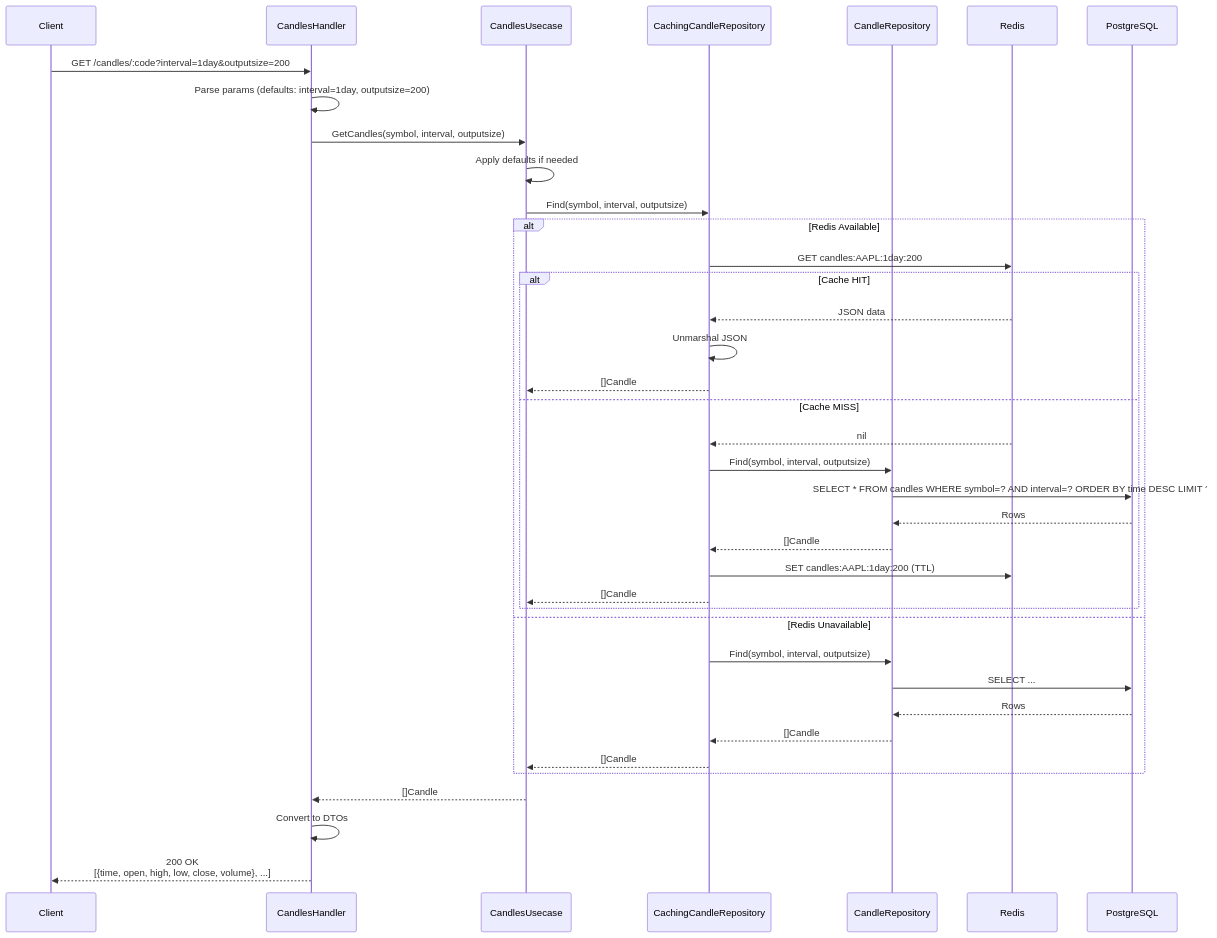
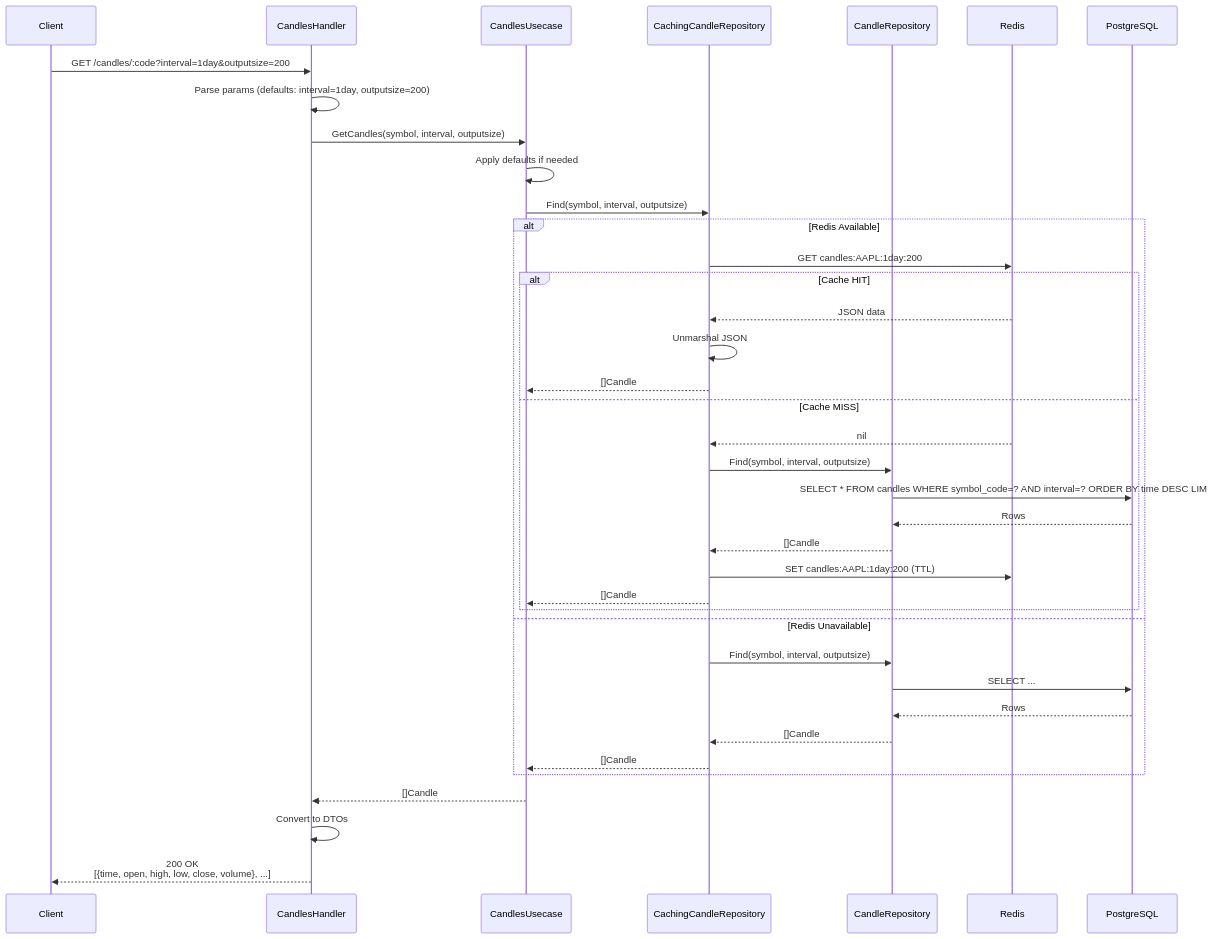
The first of 3 diagrams in internal/feature/candles/README.md (UCHIDAnobuhiro/stock_backend), drawn with Mermaid before and after one commit. The commit also changed other lines of this file and 15 other files, not shown here.

First line of the commit message:
refactor: candles.symbol を symbol_code に改名し symbols.code への FK を追加

````diff
--- a/internal/feature/candles/README.md
+++ b/internal/feature/candles/README.md
@@ -19,43 +19,43 @@
 ```mermaid
 sequenceDiagram
     participant Client
     participant Handler as CandlesHandler
     participant Usecase as CandlesUsecase
     participant Cache as CachingCandleRepository
     participant Repository as CandleRepository
     participant Redis
     participant DB as PostgreSQL
 
     Client->>Handler: GET /candles/:code?interval=1day&outputsize=200
     Handler->>Handler: Parse params (defaults: interval=1day, outputsize=200)
     Handler->>Usecase: GetCandles(symbol, interval, outputsize)
     Usecase->>Usecase: Apply defaults if needed
     Usecase->>Cache: Find(symbol, interval, outputsize)
 
     alt Redis Available
         Cache->>Redis: GET candles:AAPL:1day:200
         alt Cache HIT
             Redis-->>Cache: JSON data
             Cache->>Cache: Unmarshal JSON
             Cache-->>Usecase: []Candle
         else Cache MISS
             Redis-->>Cache: nil
             Cache->>Repository: Find(symbol, interval, outputsize)
-            Repository->>DB: SELECT * FROM candles WHERE symbol=? AND interval=? ORDER BY time DESC LIMIT ?
+            Repository->>DB: SELECT * FROM candles WHERE symbol_code=? AND interval=? ORDER BY time DESC LIMIT ?
             DB-->>Repository: Rows
             Repository-->>Cache: []Candle
             Cache->>Redis: SET candles:AAPL:1day:200 (TTL)
             Cache-->>Usecase: []Candle
         end
     else Redis Unavailable
         Cache->>Repository: Find(symbol, interval, outputsize)
         Repository->>DB: SELECT ...
         DB-->>Repository: Rows
         Repository-->>Cache: []Candle
         Cache-->>Usecase: []Candle
     end
 
     Usecase-->>Handler: []Candle
     Handler->>Handler: Convert to DTOs
     Handler-->>Client: 200 OK<br/>[{time, open, high, low, close, volume}, ...]
 ```
````
